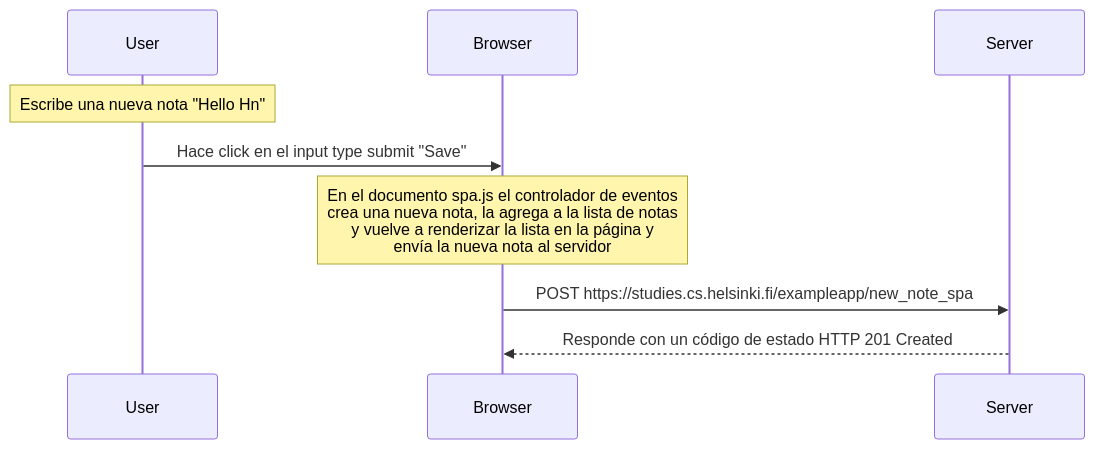
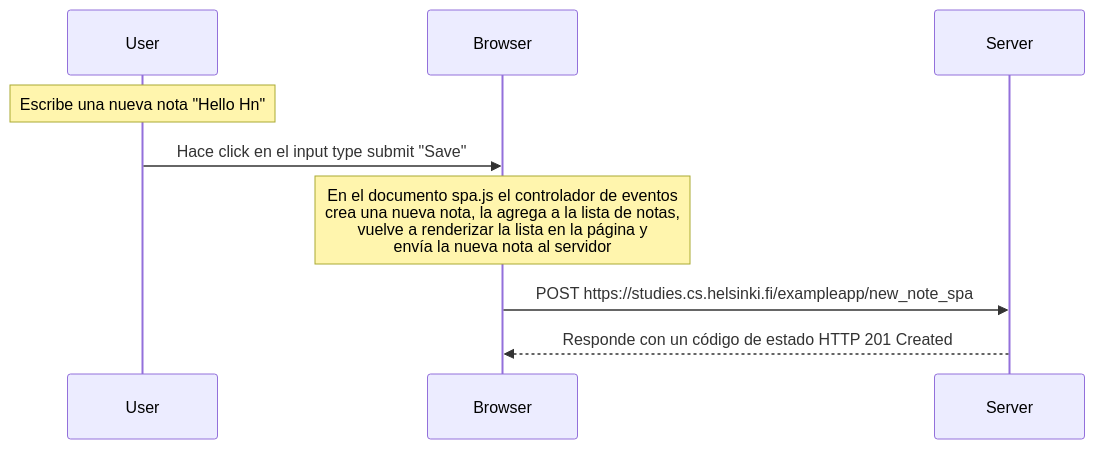
Before and after one commit to Jecidhz18/full-stack-open-exercises: the diagram in part_0/new-note-spa-diagram.md, drawn with Mermaid. The commit also changed 1 other file, not shown here.

````diff
--- a/part_0/new-note-spa-diagram.md
+++ b/part_0/new-note-spa-diagram.md
@@ -1,12 +1,12 @@
 ```mermaid
     sequenceDiagram
         participant User
         participant Browser
         participant Server
 
         Note over User: Escribe una nueva nota "Hello Hn"
         User->>Browser: Hace click en el input type submit "Save" 
-        Note over Browser: En el documento spa.js el controlador de eventos <br> crea una nueva nota, la agrega a la lista de notas <br> y vuelve a renderizar la lista en la página y <br> envía la nueva nota al servidor
+        Note over Browser: En el documento spa.js el controlador de eventos <br> crea una nueva nota, la agrega a la lista de notas, <br> vuelve a renderizar la lista en la página y <br> envía la nueva nota al servidor
         Browser->>Server: POST https://studies.cs.helsinki.fi/exampleapp/new_note_spa
         Server-->>Browser: Responde con un código de estado HTTP 201 Created
 ```
````
